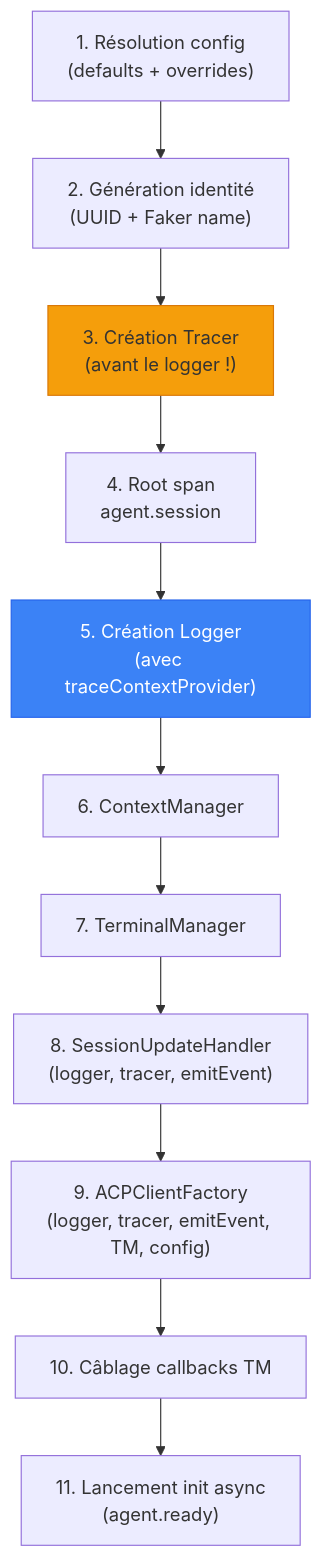
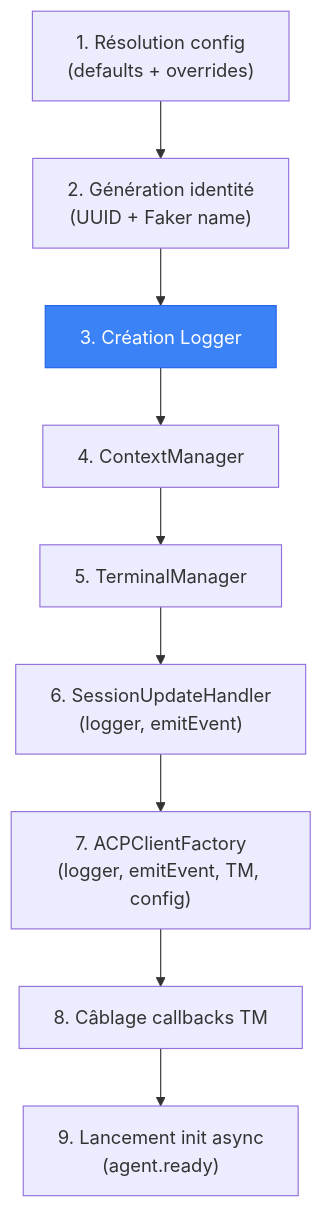
Before and after one commit to atinseau/stark: the fifth of 5 diagrams in docs/components/agent.md, drawn with Mermaid. The commit also changed other lines of this file and 13 other files, not shown here.

````diff
--- a/docs/components/agent.md
+++ b/docs/components/agent.md
@@ -384,20 +380,17 @@
 ```mermaid
 flowchart TD
     CONFIG["1. Résolution config<br/>(defaults + overrides)"]
     IDENTITY["2. Génération identité<br/>(UUID + Faker name)"]
-    TRACER["3. Création Tracer<br/>(avant le logger !)"]
-    ROOT["4. Root span<br/>agent.session"]
-    LOGGER["5. Création Logger<br/>(avec traceContextProvider)"]
-    CTX["6. ContextManager"]
-    TM["7. TerminalManager"]
-    SUH["8. SessionUpdateHandler<br/>(logger, tracer, emitEvent)"]
-    ACF["9. ACPClientFactory<br/>(logger, tracer, emitEvent, TM, config)"]
-    WIRE["10. Câblage callbacks TM"]
-    INIT["11. Lancement init async<br/>(agent.ready)"]
+    LOGGER["3. Création Logger"]
+    CTX["4. ContextManager"]
+    TM["5. TerminalManager"]
+    SUH["6. SessionUpdateHandler<br/>(logger, emitEvent)"]
+    ACF["7. ACPClientFactory<br/>(logger, emitEvent, TM, config)"]
+    WIRE["8. Câblage callbacks TM"]
+    INIT["9. Lancement init async<br/>(agent.ready)"]
 
-    CONFIG --> IDENTITY --> TRACER --> ROOT --> LOGGER
+    CONFIG --> IDENTITY --> LOGGER
     LOGGER --> CTX --> TM --> SUH --> ACF --> WIRE --> INIT
 
-    style TRACER fill:#f59e0b,stroke:#d97706
     style LOGGER fill:#3b82f6,stroke:#2563eb,color:#fff
 ```
````
